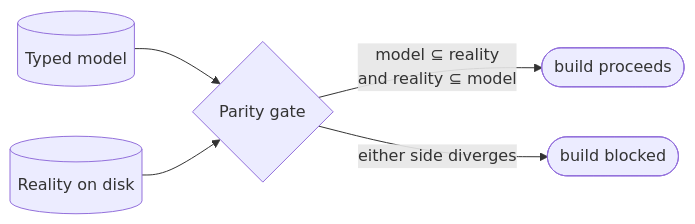
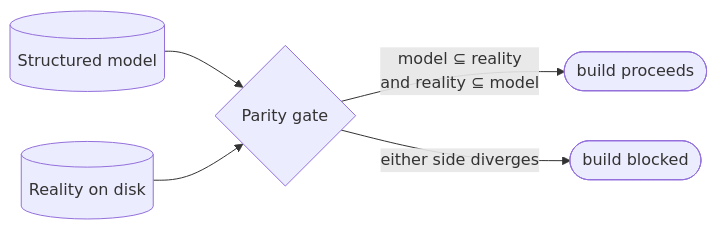
Before and after one commit to davisjam/agent-governance-mechanisms: the diagram in book/appendix-fills/models-bridge/drift-parity-gates.md, drawn with Mermaid. The commit also changed other lines of this file and 192 other files, not shown here.

````diff
--- a/book/appendix-fills/models-bridge/drift-parity-gates.md
+++ b/book/appendix-fills/models-bridge/drift-parity-gates.md
@@ -37,7 +37,7 @@
 ```mermaid
 flowchart LR
-  M[(Typed model)] --> G{Parity gate}
+  M[(Structured model)] --> G{Parity gate}
   R[(Reality on disk)] --> G
   G -->|model ⊆ reality<br/>and reality ⊆ model| Pass([build proceeds])
   G -->|either side diverges| Fail([build blocked])
 ```
````
